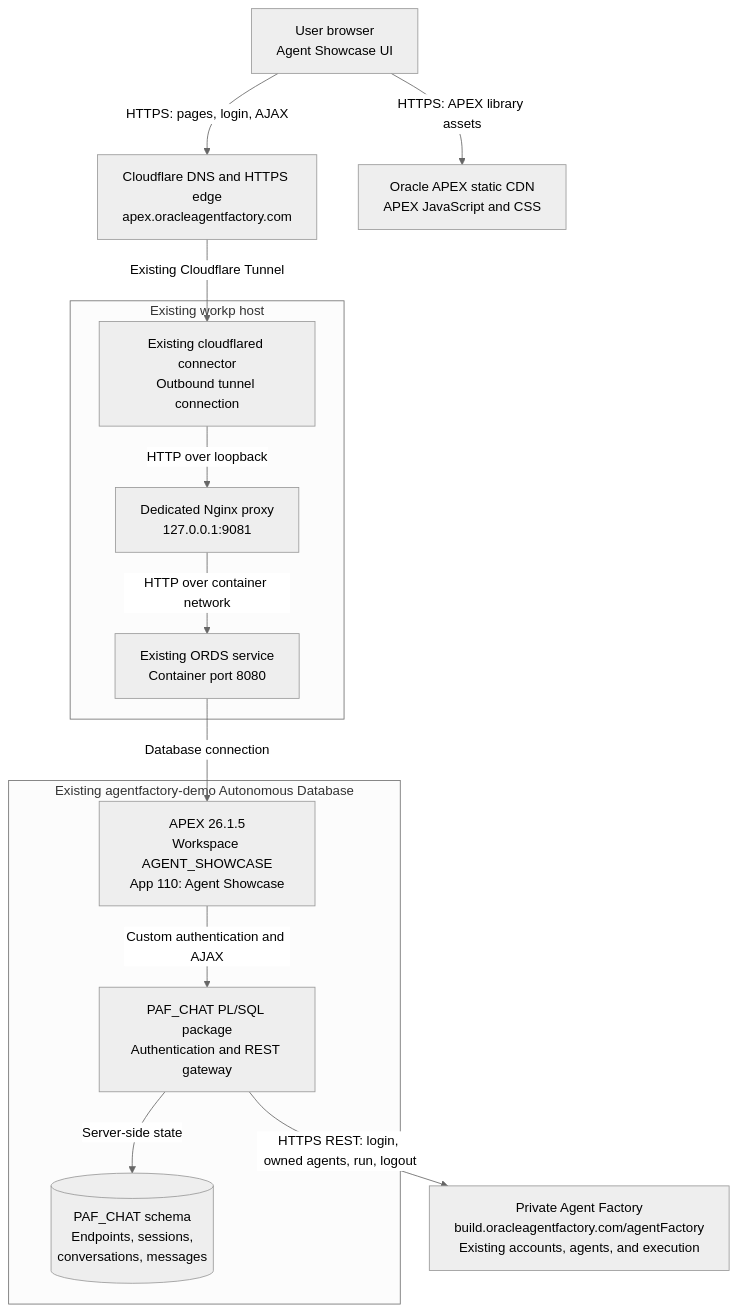
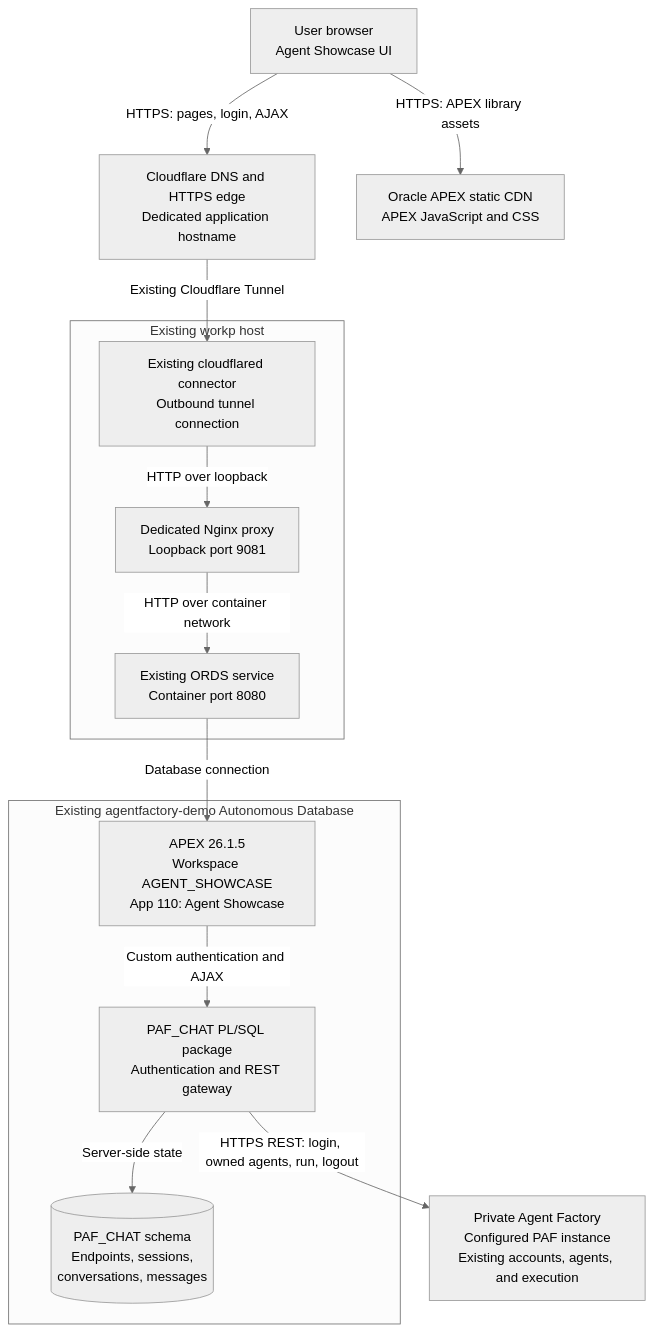
Before and after one commit to abyjoy12/agent-factory-samples: the first of 2 diagrams in integrations/apex-agent-showcase/README.md, drawn with Mermaid (neutral theme). The commit also changed other lines of this file, not shown here.

Commit message:
Remove deployment URLs from APEX architecture README

````diff
--- a/integrations/apex-agent-showcase/README.md
+++ b/integrations/apex-agent-showcase/README.md
@@ -19,30 +19,30 @@
 ```mermaid
 flowchart TB
     browser["User browser<br/>Agent Showcase UI"]
-    edge["Cloudflare DNS and HTTPS edge<br/>apex.oracleagentfactory.com"]
+    edge["Cloudflare DNS and HTTPS edge<br/>Dedicated application hostname"]
     cdn["Oracle APEX static CDN<br/>APEX JavaScript and CSS"]
 
     subgraph host["Existing workp host"]
         connector["Existing cloudflared connector<br/>Outbound tunnel connection"]
-        proxy["Dedicated Nginx proxy<br/>127.0.0.1:9081"]
+        proxy["Dedicated Nginx proxy<br/>Loopback port 9081"]
         ords["Existing ORDS service<br/>Container port 8080"]
         connector -->|HTTP over loopback| proxy
         proxy -->|HTTP over container network| ords
     end
 
     subgraph database["Existing agentfactory-demo Autonomous Database"]
         apex["APEX 26.1.5<br/>Workspace AGENT_SHOWCASE<br/>App 110: Agent Showcase"]
         gateway["PAF_CHAT PL/SQL package<br/>Authentication and REST gateway"]
         tables[("PAF_CHAT schema<br/>Endpoints, sessions,<br/>conversations, messages")]
         apex -->|Custom authentication and AJAX| gateway
         gateway -->|Server-side state| tables
     end
 
-    paf["Private Agent Factory<br/>build.oracleagentfactory.com/agentFactory<br/>Existing accounts, agents, and execution"]
+    paf["Private Agent Factory<br/>Configured PAF instance<br/>Existing accounts, agents, and execution"]
 
     browser -->|HTTPS: pages, login, AJAX| edge
     edge -->|Existing Cloudflare Tunnel| connector
     ords -->|Database connection| apex
     browser -->|HTTPS: APEX library assets| cdn
     gateway -->|"HTTPS REST: login, owned agents, run, logout"| paf
 ```
````
